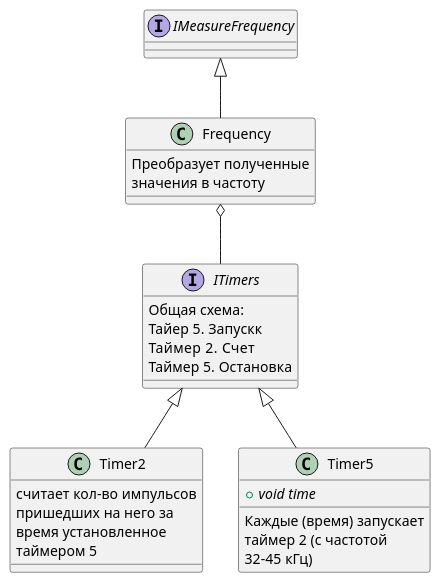
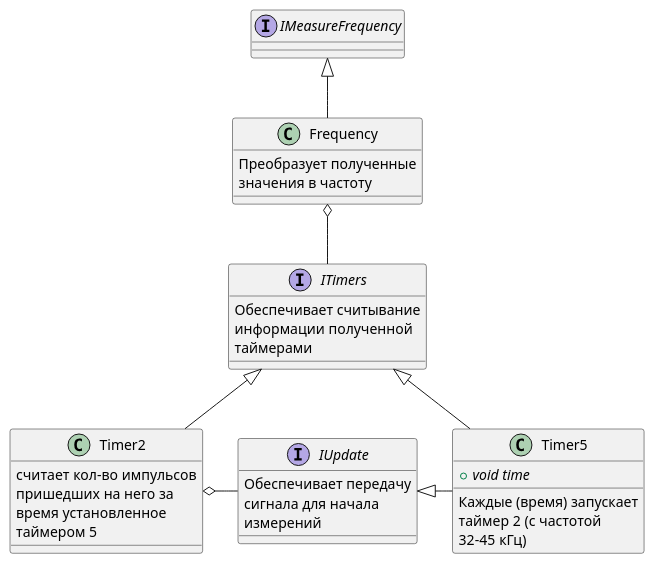
Before and after one commit to Luda-Seliv-KE-413/Kursovoy: the diagram in DOC/PodDiagram.puml, drawn with PlantUML. The commit also changed 2 other files, not shown here.

```diff
--- a/DOC/PodDiagram.puml
+++ b/DOC/PodDiagram.puml
@@ -1,37 +1,43 @@
-@startuml name 
+@startuml name1 
 
 interface IMeasureFrequency
 class Frequency
 {
     Преобразует полученные
     значения в частоту
 }
 interface ITimers
 {
-    Общая схема:
-    Тайер 5. Запускк
-    Таймер 2.  Счет
-    Таймер 5. Остановка
+    Обеспечивает считывание
+    информации полученной
+    таймерами
 }
 class Timer2
 {
     считает кол-во импульсов
     пришедших на него за
     время установленное
     таймером 5
+}
+interface IUpdate
+{
+    Обеспечивает передачу
+    сигнала для начала 
+    измерений
 }
 class Timer5
 {
     + void {abstract} time
     Каждые (время) запускает
     таймер 2 (с частотой 
     32-45 кГц)
 }
 
 ITimers -up-o Frequency
 Timer2 -up-|> ITimers
 Timer5 -up-|> ITimers
 Frequency -up-|> IMeasureFrequency
-
+Timer2 o-right- IUpdate
+IUpdate <|-right- Timer5
 
 @enduml
```
